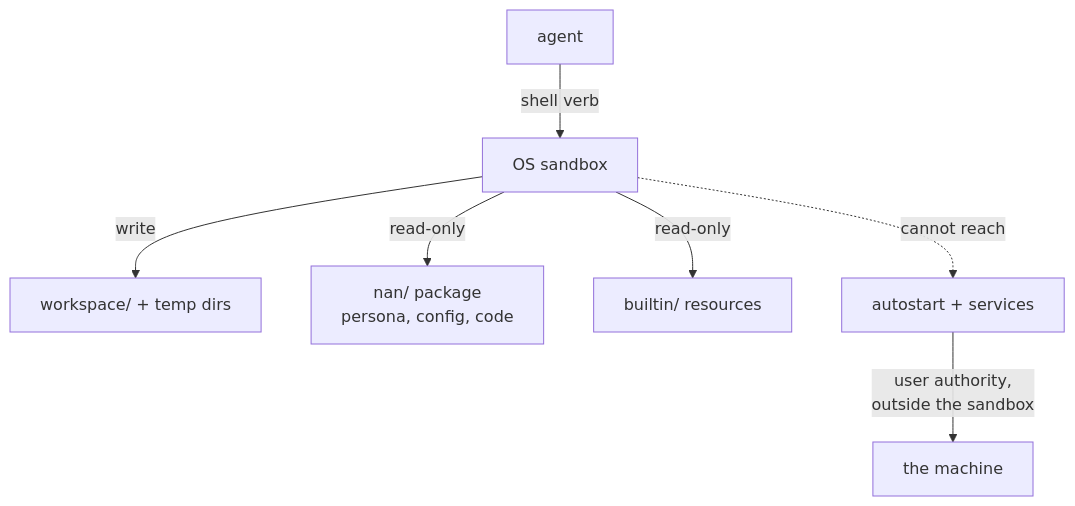
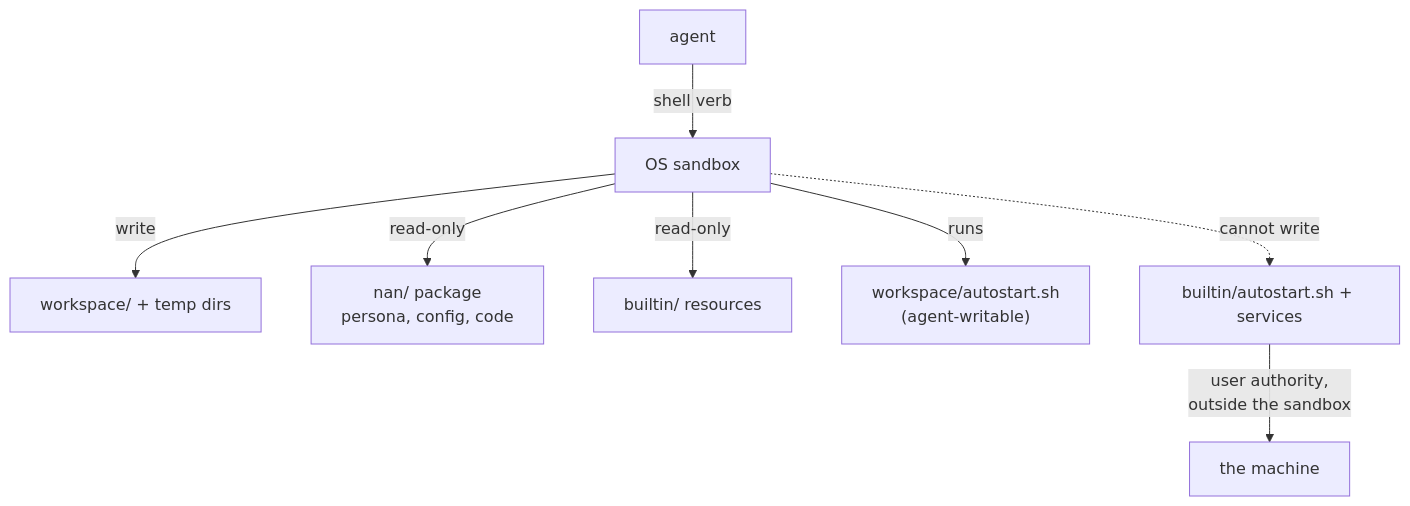
Before and after one commit to DarkSpaceY/NAN-itself: the third of 3 diagrams in docs/for-users/security.md, drawn with Mermaid. The commit also changed other lines of this file and 44 other files, not shown here.

````diff
--- a/docs/for-users/security.md
+++ b/docs/for-users/security.md
@@ -70,9 +86,10 @@
 ```mermaid
 flowchart TB
     AG["agent"] -->|"shell verb"| SBX["OS sandbox"]
     SBX -->|"write"| W["workspace/ + temp dirs"]
     SBX -->|"read-only"| C["nan/ package<br/>persona, config, code"]
     SBX -->|"read-only"| B["builtin/ resources"]
-    OUT["autostart + services"] -->|"user authority,<br/>outside the sandbox"| OS["the machine"]
-    SBX -.->|"cannot reach"| OUT
+    SBX -->|"runs"| AS["workspace/autostart.sh<br/>(agent-writable)"]
+    OUT["builtin/autostart.sh + services"] -->|"user authority,<br/>outside the sandbox"| OS["the machine"]
+    SBX -.->|"cannot write"| OUT
 ```
````
